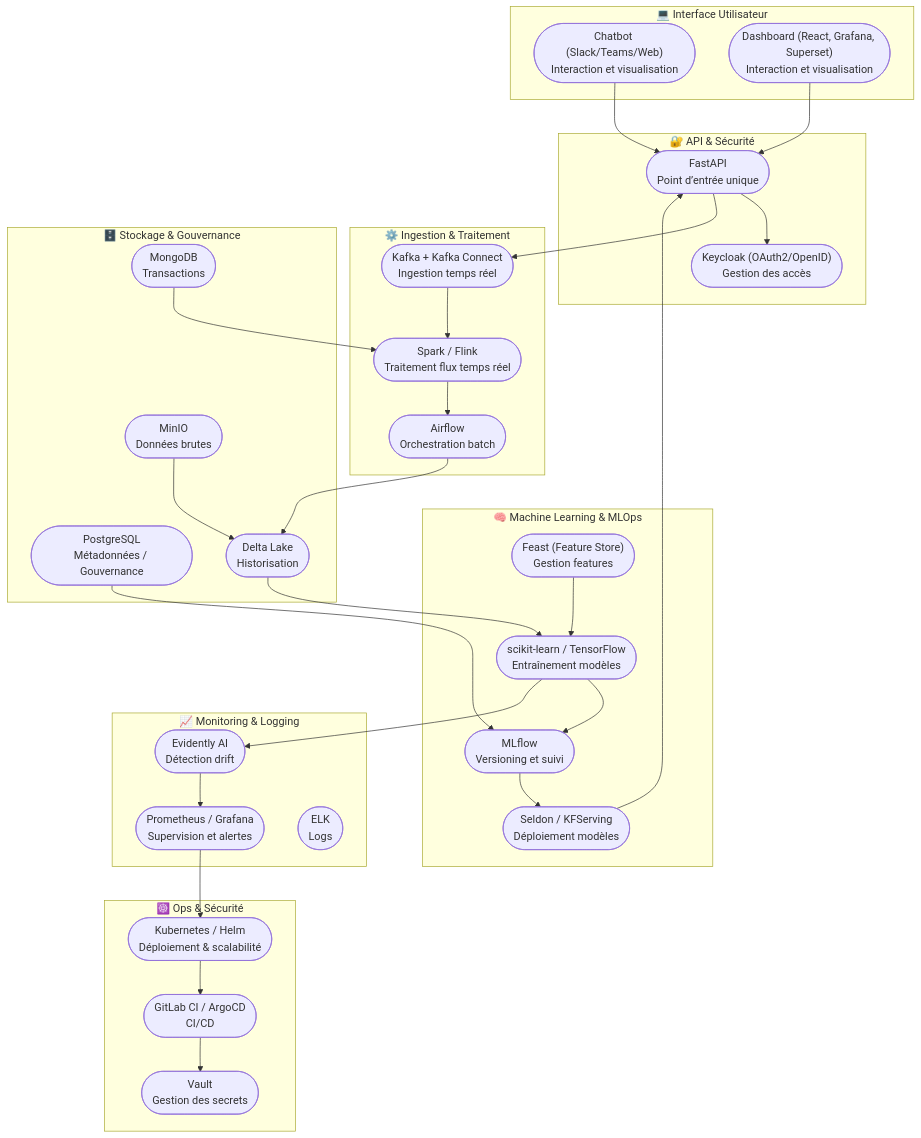
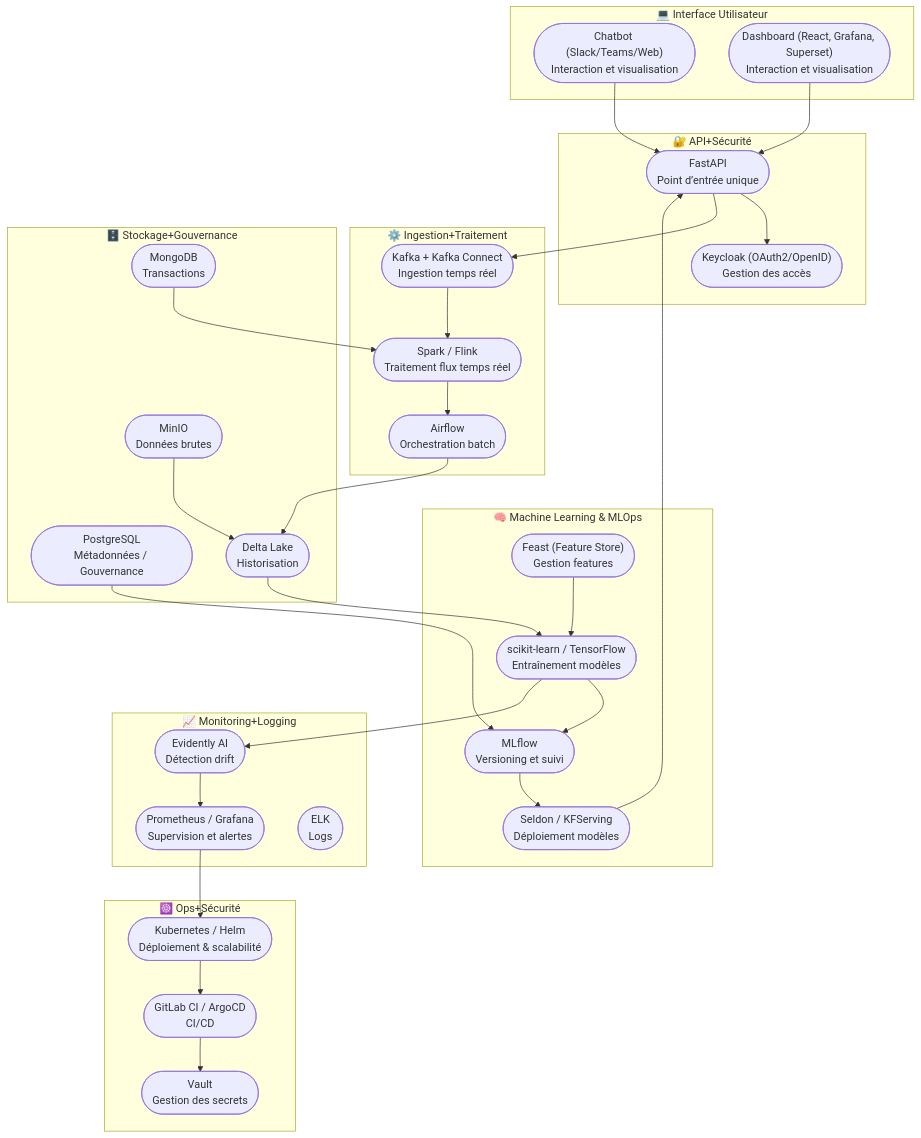
One commit to SalimM21/Plateforme-de-Scoring-Automatiser-avec-MLOps-Complet changed the first of 2 diagrams in README.md. Above: the diagram before and after it, drawn with Mermaid.

````diff
--- a/README.md
+++ b/README.md
@@ -28,80 +28,80 @@
 ```mermaid
 flowchart TB
     %% ========================
     %% 🏗️ Architecture Plateforme
     %% ========================
 
     %% Interface Utilisateur
     subgraph UI["💻 Interface Utilisateur"]
         UI1(["Chatbot (Slack/Teams/Web)<br/>Interaction et visualisation"])
         UI2(["Dashboard (React, Grafana, Superset)<br/>Interaction et visualisation"])
     end
 
     %% API & Sécurité
-    subgraph API["🔐 API & Sécurité"]
+    subgraph API["🔐 API+Sécurité"]
         API1(["FastAPI<br/>Point d’entrée unique"])
         API2(["Keycloak (OAuth2/OpenID)<br/>Gestion des accès"])
     end
 
     %% Ingestion & Traitement
-    subgraph INGEST["⚙️ Ingestion & Traitement"]
+    subgraph INGEST["⚙️ Ingestion+Traitement"]
         ING1(["Kafka + Kafka Connect<br/>Ingestion temps réel"])
         ING2(["Spark / Flink<br/>Traitement flux temps réel"])
         ING3(["Airflow<br/>Orchestration batch"])
     end
 
     %% Stockage & Gouvernance
-    subgraph STORAGE["🗄️ Stockage & Gouvernance"]
+    subgraph STORAGE["🗄️ Stockage+Gouvernance"]
         STO1(["MinIO<br/>Données brutes"])
         STO2(["PostgreSQL<br/>Métadonnées / Gouvernance"])
         STO3(["MongoDB<br/>Transactions"])
         STO4(["Delta Lake<br/>Historisation"])
     end
 
-    %% Machine Learning & MLOps
+    %% Machine Learning+MLOps
     subgraph MLOPS["🧠 Machine Learning & MLOps"]
         ML1(["scikit-learn / TensorFlow<br/>Entraînement modèles"])
         ML2(["MLflow<br/>Versioning et suivi"])
         ML3(["Seldon / KFServing<br/>Déploiement modèles"])
         ML4(["Feast (Feature Store)<br/>Gestion features"])
     end
 
     %% Monitoring & Logging
-    subgraph MONITORING["📈 Monitoring & Logging"]
+    subgraph MONITORING["📈 Monitoring+Logging"]
         MON1(["Prometheus / Grafana<br/>Supervision et alertes"])
         MON2(["ELK<br/>Logs"])
         MON3(["Evidently AI<br/>Détection drift"])
     end
 
     %% Ops & Sécurité
-    subgraph OPS["☸️ Ops & Sécurité"]
+    subgraph OPS["☸️ Ops+Sécurité"]
         OPS1(["Kubernetes / Helm<br/>Déploiement & scalabilité"])
         OPS2(["GitLab CI / ArgoCD<br/>CI/CD"])
         OPS3(["Vault<br/>Gestion des secrets"])
     end
 
     %% ========================
     %% 🔁 FLUX PRINCIPAUX (exemple)
     %% ========================
     UI1 --> API1
     UI2 --> API1
     API1 --> API2
     API1 --> ING1
     ING1 --> ING2
     ING2 --> ING3
     ING3 --> STO4
     STO4 --> ML1
     ML1 --> ML2
     ML2 --> ML3
     ML3 --> API1
     ML4 --> ML1
     ML1 --> MON3
     MON3 --> MON1
     MON1 --> OPS1
     OPS1 --> OPS2
     OPS2 --> OPS3
     STO1 --> STO4
     STO2 --> ML2
     STO3 --> ING2
 
 ```
````
